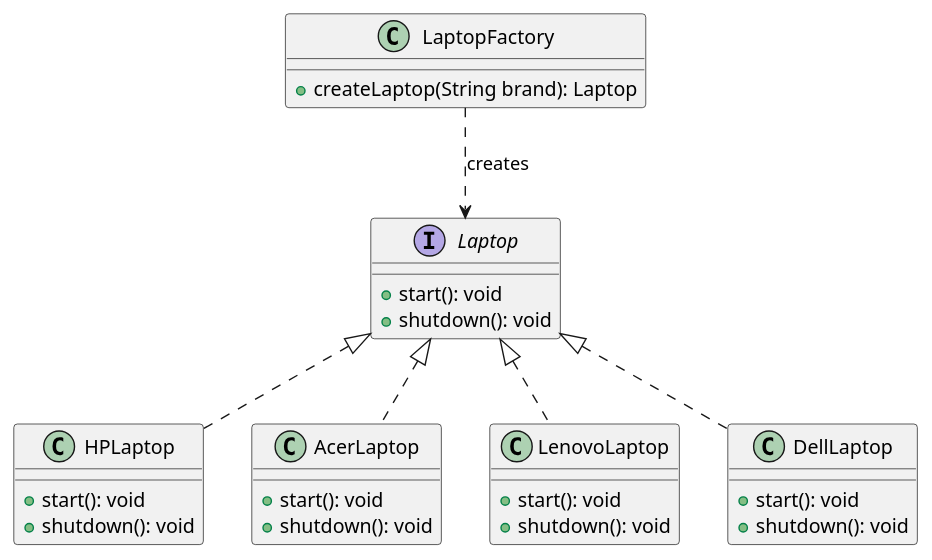
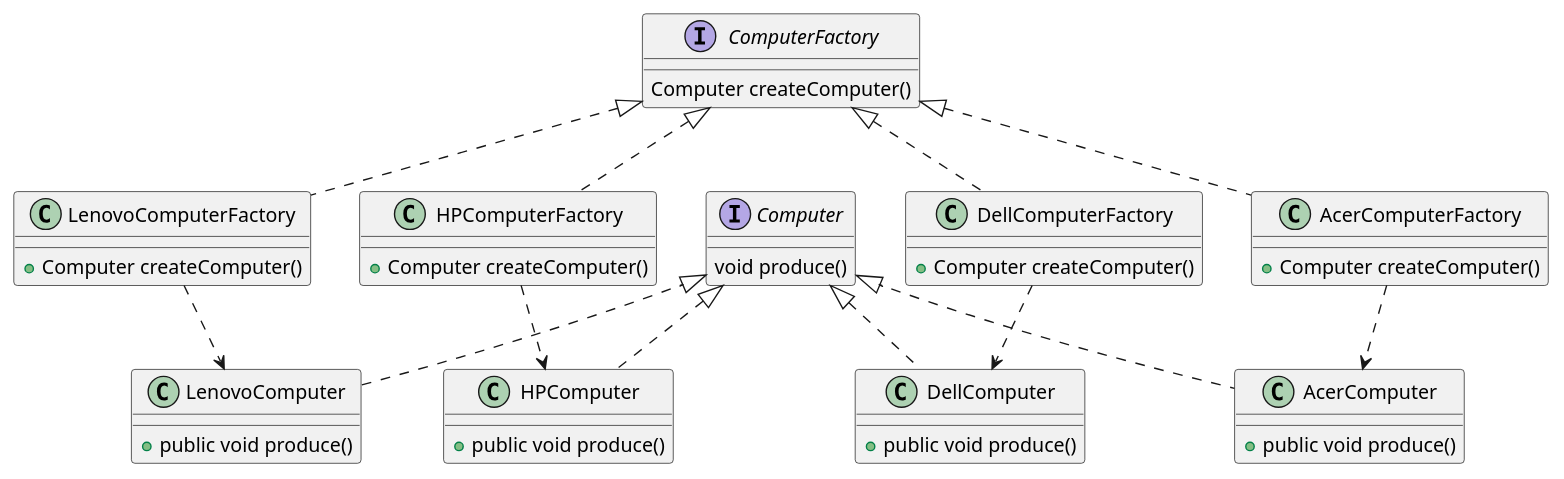
The diagram in src/designpattern/startuml/exp/ch02/exp02.puml (JMJTC/JavaStudy), drawn with PlantUML before and after one commit. The commit also changed 8 other files, not shown here.

```diff
--- a/src/designpattern/startuml/exp/ch02/exp02.puml
+++ b/src/designpattern/startuml/exp/ch02/exp02.puml
@@ -1,34 +1,45 @@
 @startuml
-interface Laptop {
-    +start(): void
-    +shutdown(): void
+interface Computer{
+    void produce()
 }
 
-class HPLaptop implements Laptop {
-    +start(): void
-    +shutdown(): void
+interface ComputerFactory{
+    Computer createComputer()
 }
 
-class AcerLaptop implements Laptop {
-    +start(): void
-    +shutdown(): void
+class HPComputer implements Computer{
+    + public void produce()
 }
 
-class LenovoLaptop implements Laptop {
-    +start(): void
-    +shutdown(): void
+class DellComputer implements Computer{
+    + public void produce()
 }
 
-class DellLaptop implements Laptop {
-    +start(): void
-    +shutdown(): void
+class AcerComputer implements Computer{
+    + public void produce()
 }
 
-class LaptopFactory {
-    +createLaptop(String brand): Laptop
+class LenovoComputer implements Computer{
+    + public void produce()
 }
 
 
 
-LaptopFactory ..> Laptop : creates
+class HPComputerFactory implements ComputerFactory{
+    + Computer createComputer()
+}
+class DellComputerFactory implements ComputerFactory{
+    + Computer createComputer()
+}
+class AcerComputerFactory implements ComputerFactory{
+    + Computer createComputer()
+}
+class LenovoComputerFactory implements ComputerFactory{
+    + Computer createComputer()
+}
+
+HPComputerFactory ..> HPComputer
+DellComputerFactory ..>DellComputer
+AcerComputerFactory..>AcerComputer
+LenovoComputerFactory..>LenovoComputer
 @enduml
```
